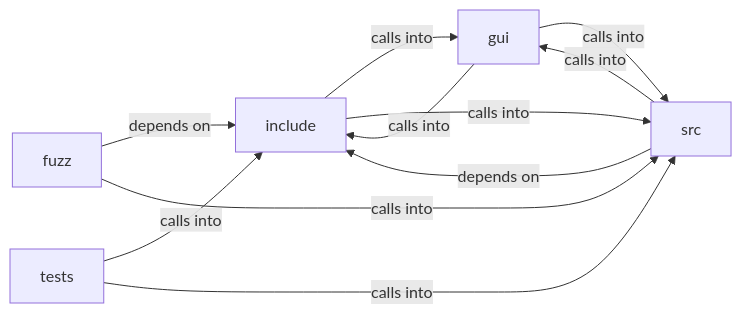
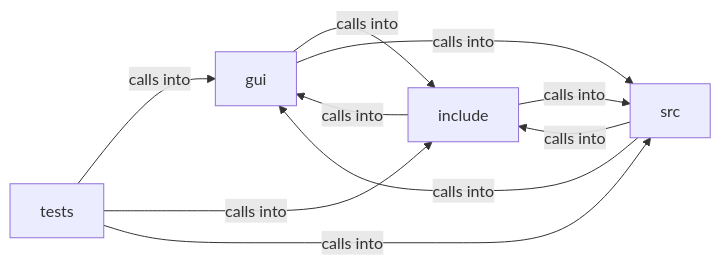
Before and after one commit to grisuno/FreeDom: the diagram in readmenator-diagrams/include_browser_ui.md, drawn with Mermaid. The commit also changed other lines of this file and 364 other files, not shown here.

````diff
--- a/readmenator-diagrams/include_browser_ui.md
+++ b/readmenator-diagrams/include_browser_ui.md
@@ -5,18 +5,16 @@
 ```mermaid
 graph LR
-    fuzz["fuzz"]
     gui["gui"]
     include["include"]
     src["src"]
     tests["tests"]
-    fuzz -- "depends on" --> include
-    fuzz -- "calls into" --> src
     gui -- "calls into" --> include
     gui -- "calls into" --> src
     include -- "calls into" --> gui
     include -- "calls into" --> src
     src -- "calls into" --> gui
-    src -- "depends on" --> include
+    src -- "calls into" --> include
+    tests -- "calls into" --> gui
     tests -- "calls into" --> include
     tests -- "calls into" --> src
 ```
````
